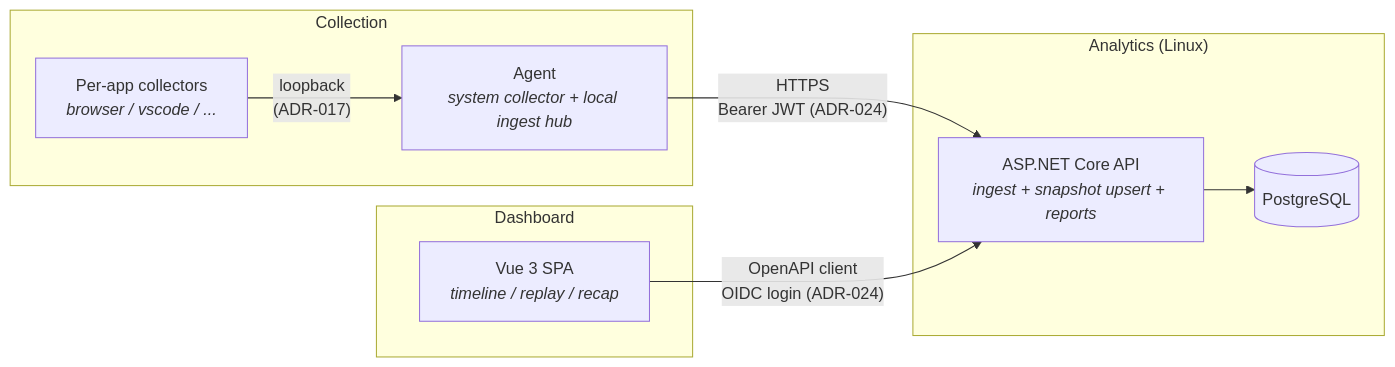
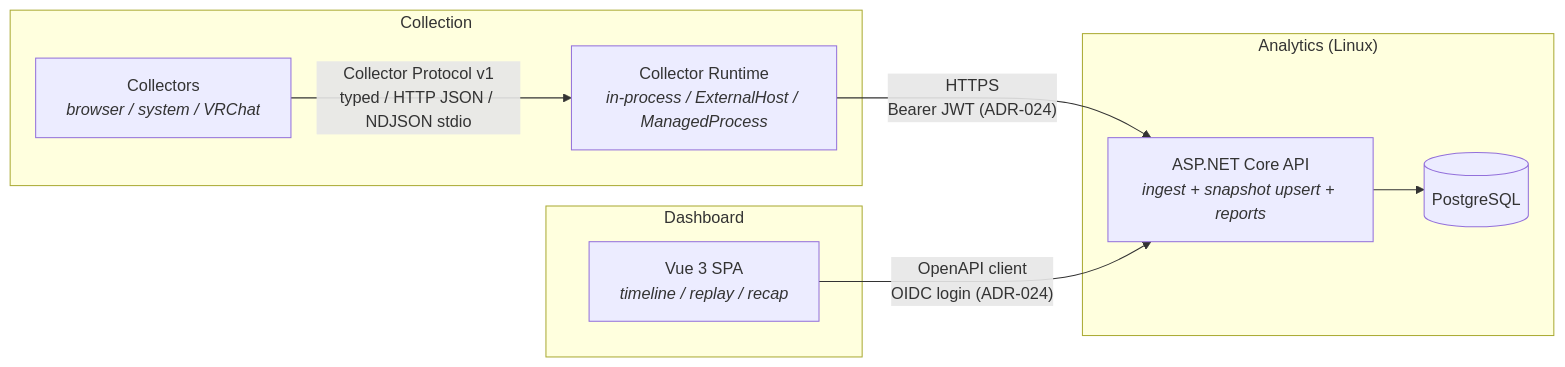
Before and after one commit to shenxianovo/Heartbeat: the diagram in README.md, drawn with Mermaid. The commit also changed other lines of this file and 79 other files, not shown here.

Commit message:
refactor(collection): centralize fact schemas and browser runtime

````diff
--- a/README.md
+++ b/README.md
@@ -13,21 +13,21 @@
 ```mermaid
 graph LR
     subgraph Collection["Collection"]
-        Collectors["Per-app collectors<br/><i>browser / vscode / ...</i>"]
-        Agent["Agent<br/><i>system collector + local ingest hub</i>"]
-        Collectors -- "loopback<br/>(ADR-017)" --> Agent
+        Collectors["Collectors<br/><i>browser / system / VRChat</i>"]
+        Agent["Collector Runtime<br/><i>in-process / ExternalHost / ManagedProcess</i>"]
+        Collectors -- "Collector Protocol v1<br/>typed / HTTP JSON / NDJSON stdio" --> Agent
     end
 
     subgraph Analytics["Analytics (Linux)"]
         API["ASP.NET Core API<br/><i>ingest + snapshot upsert + reports</i>"]
         DB[("PostgreSQL")]
         API --> DB
     end
 
     subgraph Dashboard["Dashboard"]
         Web["Vue 3 SPA<br/><i>timeline / replay / recap</i>"]
     end
 
     Agent -- "HTTPS<br/>Bearer JWT (ADR-024)" --> API
     Web -- "OpenAPI client<br/>OIDC login (ADR-024)" --> API
 ```
````
